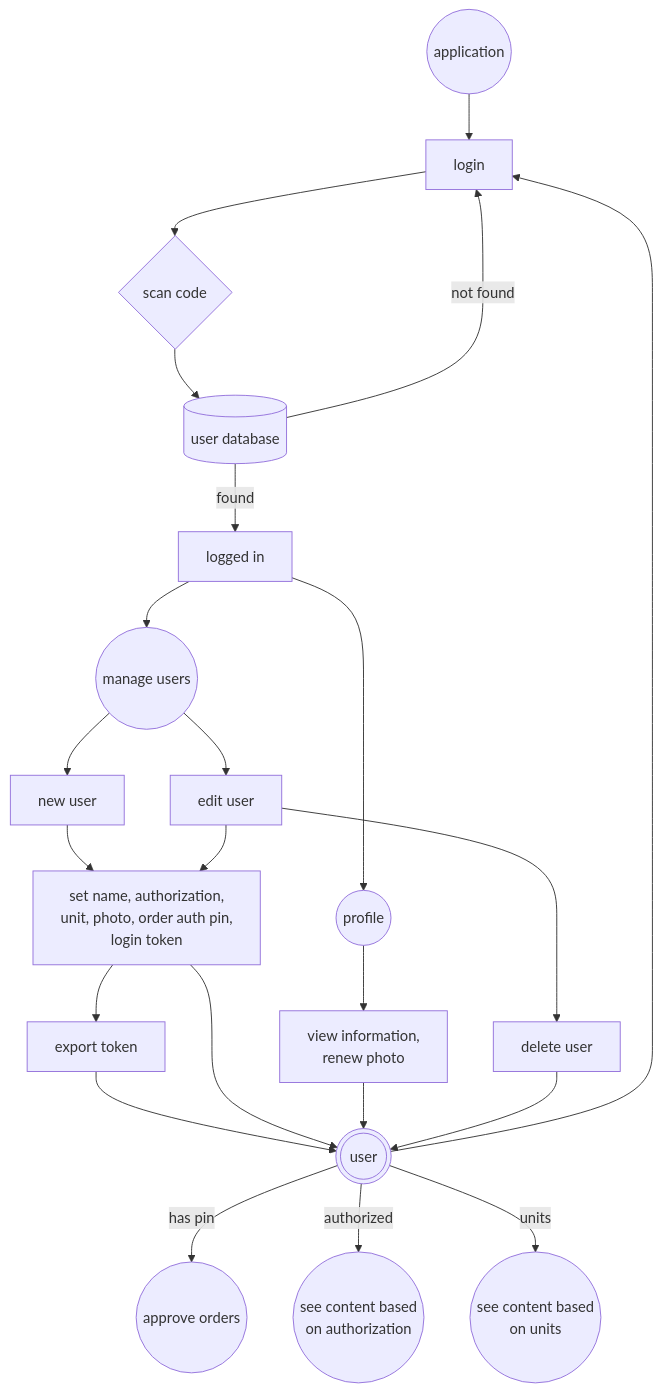
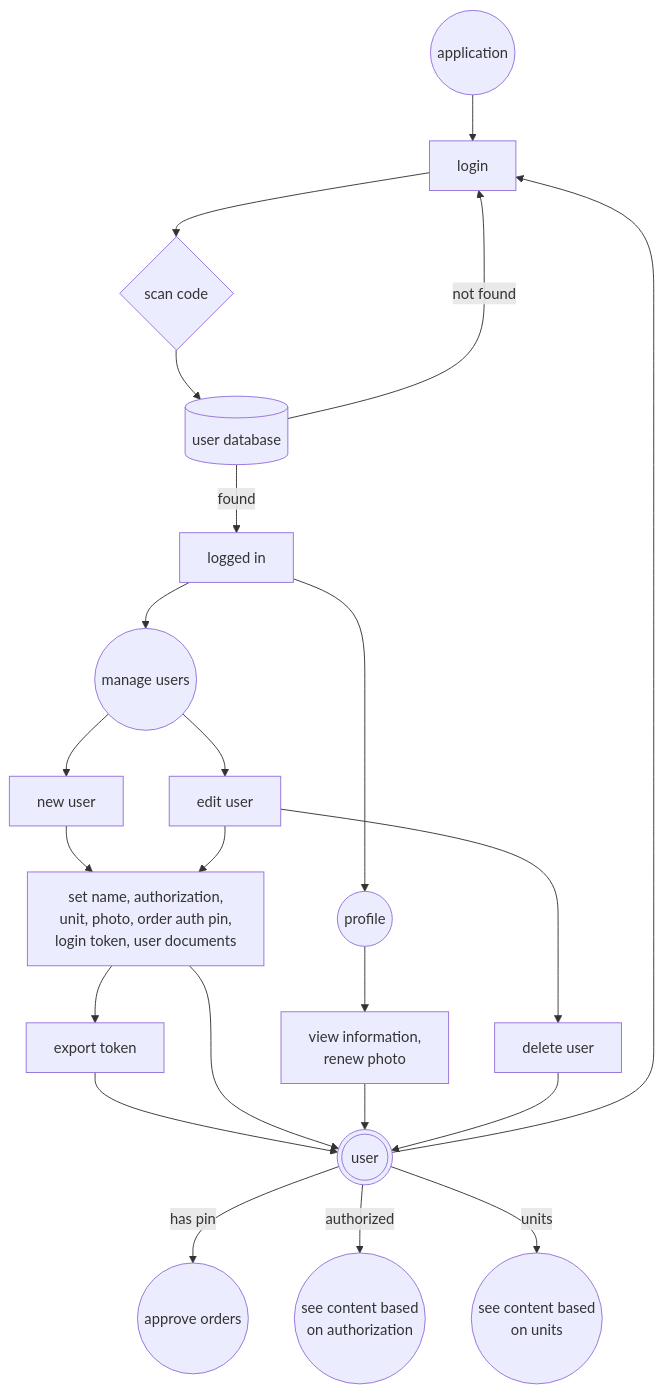
Before and after one commit to erroronline1/caro: the third of 6 diagrams in flowcharts.md, drawn with Mermaid. The commit also changed other lines of this file and 1 other file, not shown here.

````diff
--- a/flowcharts.md
+++ b/flowcharts.md
@@ -108,33 +130,33 @@
 ```mermaid
 graph TD;
     application((application))-->login[login];
     login-->scan_code;
     scan_code{scan code}-->user_db[(user database)];
     user_db-->|found|logged_in[logged in];
     user_db-->|not found|login;
     logged_in-->manage_users((manage users));
     manage_users-->new_user[new user];
     manage_users-->edit_user[edit user];
     new_user-->user_settings["set name, authorization,
     unit, photo, order auth pin,
-    login token"];
+    login token, user documents"];
     edit_user-->user_settings;
     user_settings-->export_token[export token];
     export_token-->user(((user)));
     user-->login;
     user_settings-->user;
 
     logged_in-->own_profile((profile));
     own_profile-->profile["view information,
     renew photo"];
     profile-->user;
 
     edit_user-->delete_user[delete user];
     delete_user-->user;
 
     user-->|has pin|orders((approve orders))
     user-->|authorized|authorized(("see content based
     on authorization"))
     user-->|units|units(("see content based
     on units"))
 ```
````
